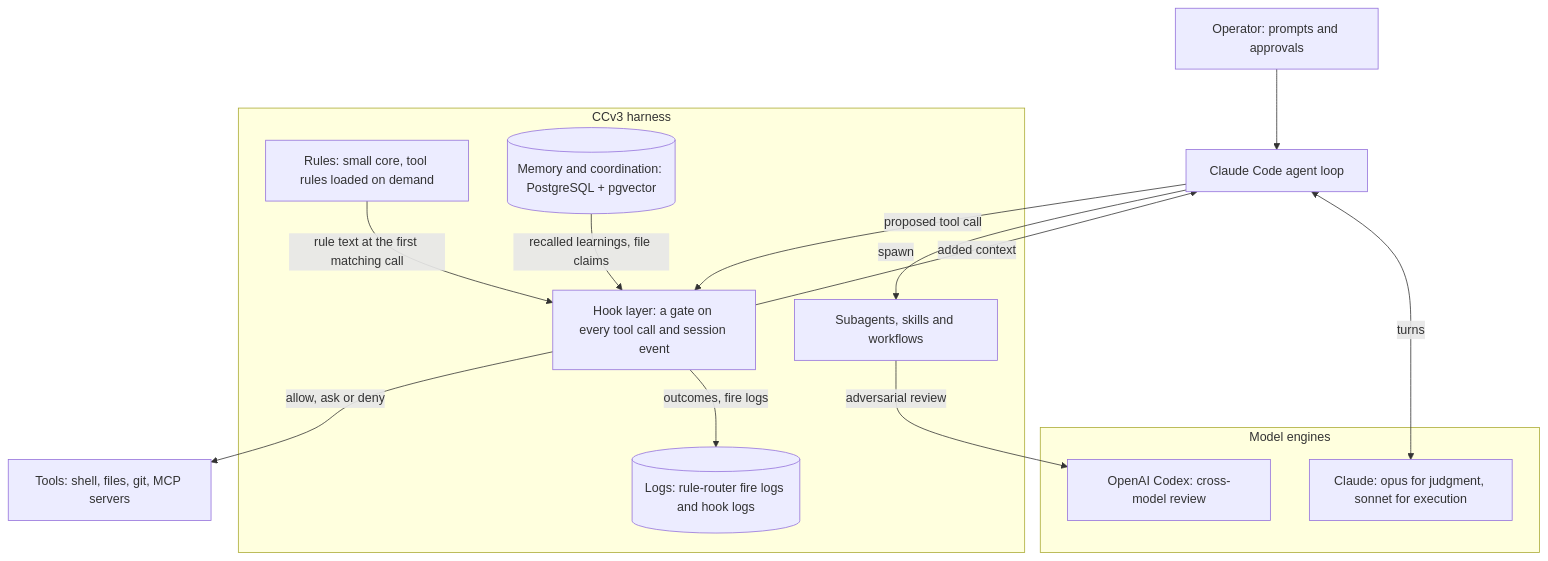
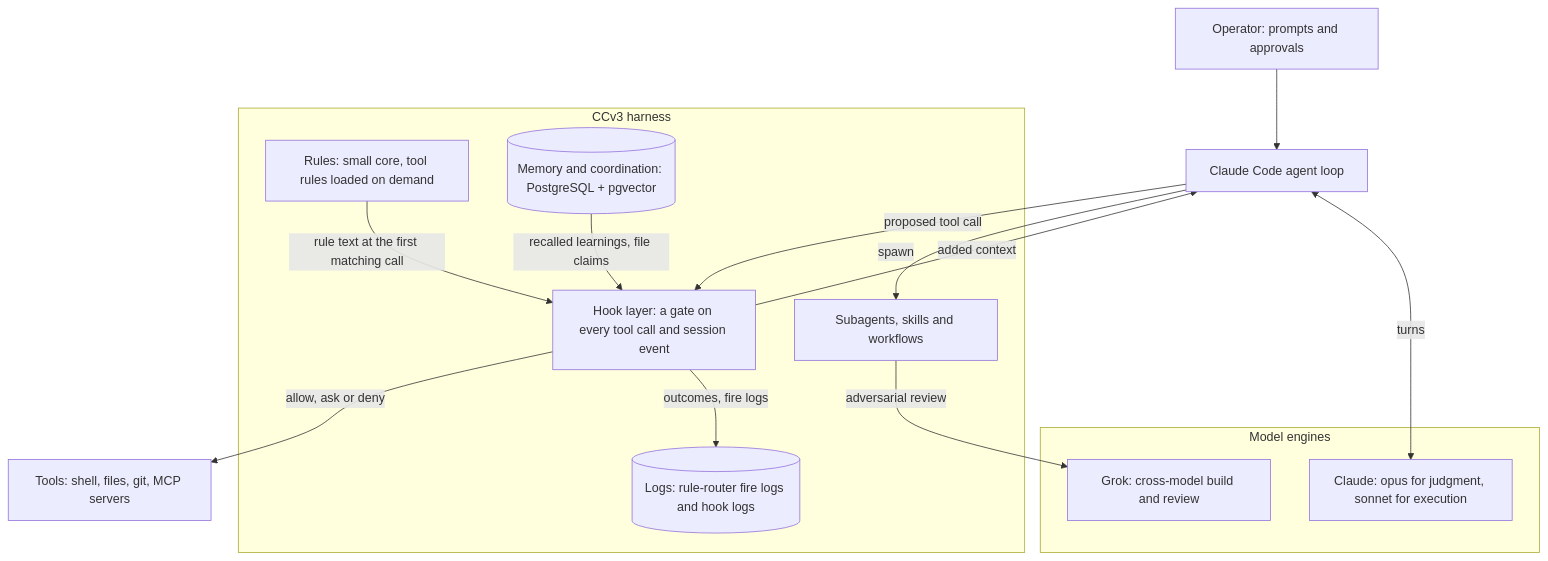
Before and after one commit to Rev4nchist/Continuous-Claude-v3: the diagram in README.md, drawn with Mermaid. The commit also changed other lines of this file and 1076 other files, not shown here.

````diff
--- a/README.md
+++ b/README.md
@@ -34,31 +34,31 @@
 ```mermaid
 flowchart TB
     op["Operator: prompts and approvals"]
     loop["Claude Code agent loop"]
 
     subgraph engines["Model engines"]
         claude["Claude: opus for judgment, sonnet for execution"]
-        codex["OpenAI Codex: cross-model review"]
+        grok["Grok: cross-model build and review"]
     end
 
     subgraph harness["CCv3 harness"]
         hooks["Hook layer: a gate on every tool call and session event"]
         rules["Rules: small core, tool rules loaded on demand"]
         agents["Subagents, skills and workflows"]
         memory[("Memory and coordination: PostgreSQL + pgvector")]
         traces[("Logs: rule-router fire logs and hook logs")]
     end
 
     tools["Tools: shell, files, git, MCP servers"]
 
     op --> loop
     loop <-->|"turns"| claude
     loop -->|"proposed tool call"| hooks
     hooks -->|"allow, ask or deny"| tools
     rules -->|"rule text at the first matching call"| hooks
     memory -->|"recalled learnings, file claims"| hooks
     hooks -->|"added context"| loop
     hooks -->|"outcomes, fire logs"| traces
     loop -->|"spawn"| agents
-    agents -->|"adversarial review"| codex
+    agents -->|"adversarial review"| grok
 ```
````
